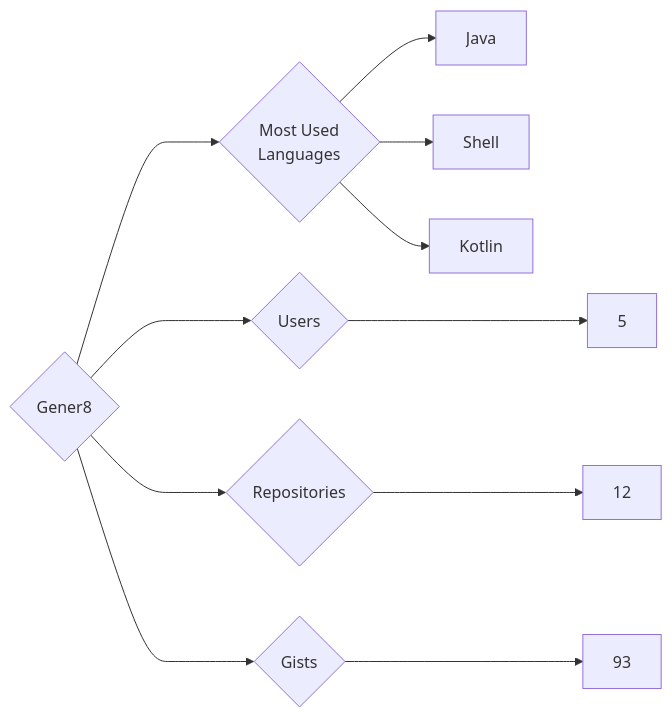
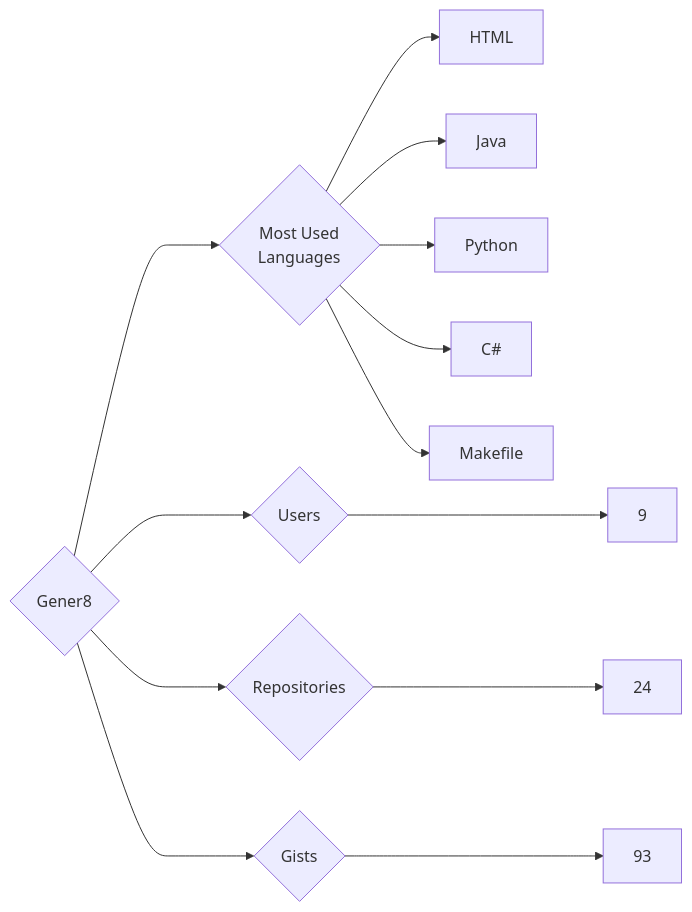
One commit to trickest/insiders changed the diagram in targets/Gener8/README.md. Above: the diagram before and after it, drawn with Mermaid. The commit also changed 916 other files, not shown here.

````diff
--- a/targets/Gener8/README.md
+++ b/targets/Gener8/README.md
@@ -3,11 +3,13 @@
 ```mermaid
 graph LR
 COMPANY_NAME{Gener8}
-COMPANY_NAME ---> U{Users} ---> UN[5]
-COMPANY_NAME ---> R{Repositories} ---> RN[12]
+COMPANY_NAME ---> U{Users} ---> UN[9]
+COMPANY_NAME ---> R{Repositories} ---> RN[24]
 COMPANY_NAME ---> G{Gists} ---> GN[93]
 COMPANY_NAME ---> ML{Most Used<br>Languages}
+ML --> HTML[HTML]
 ML --> Java[Java]
-ML --> Shell[Shell]
-ML --> Kotlin[Kotlin]
+ML --> Python[Python]
+ML --> C#[C#]
+ML --> Makefile[Makefile]
 ```
````
